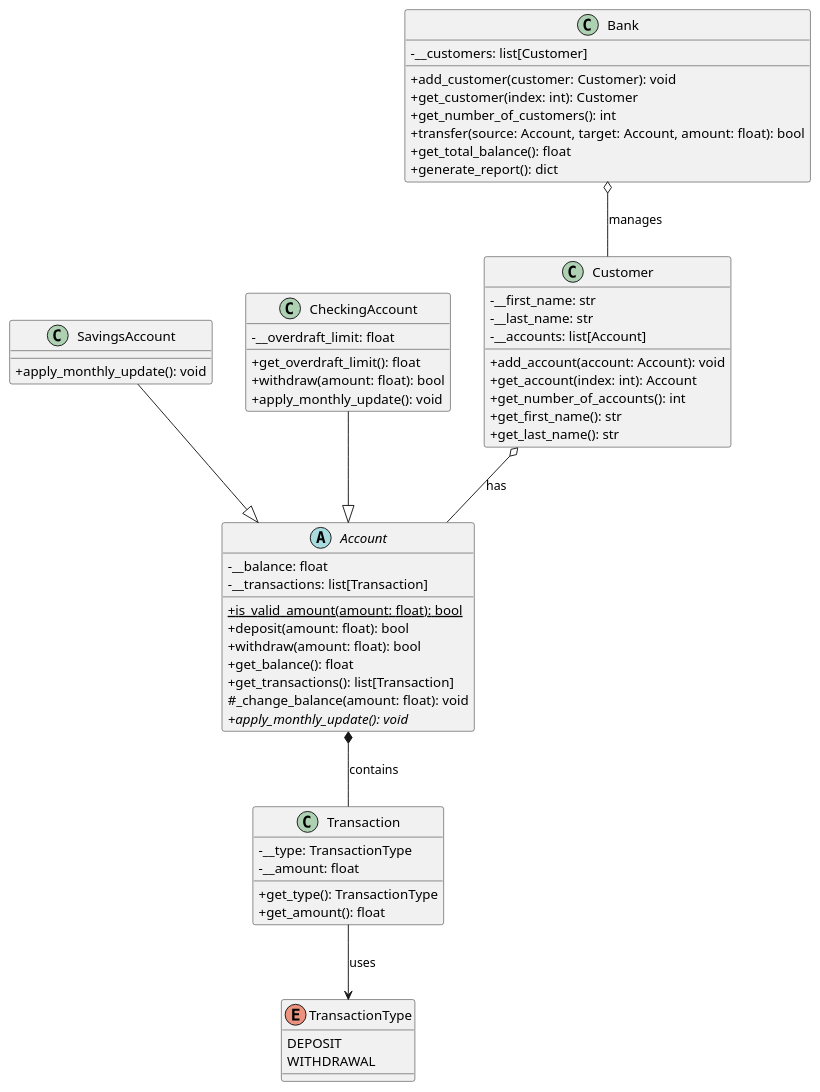
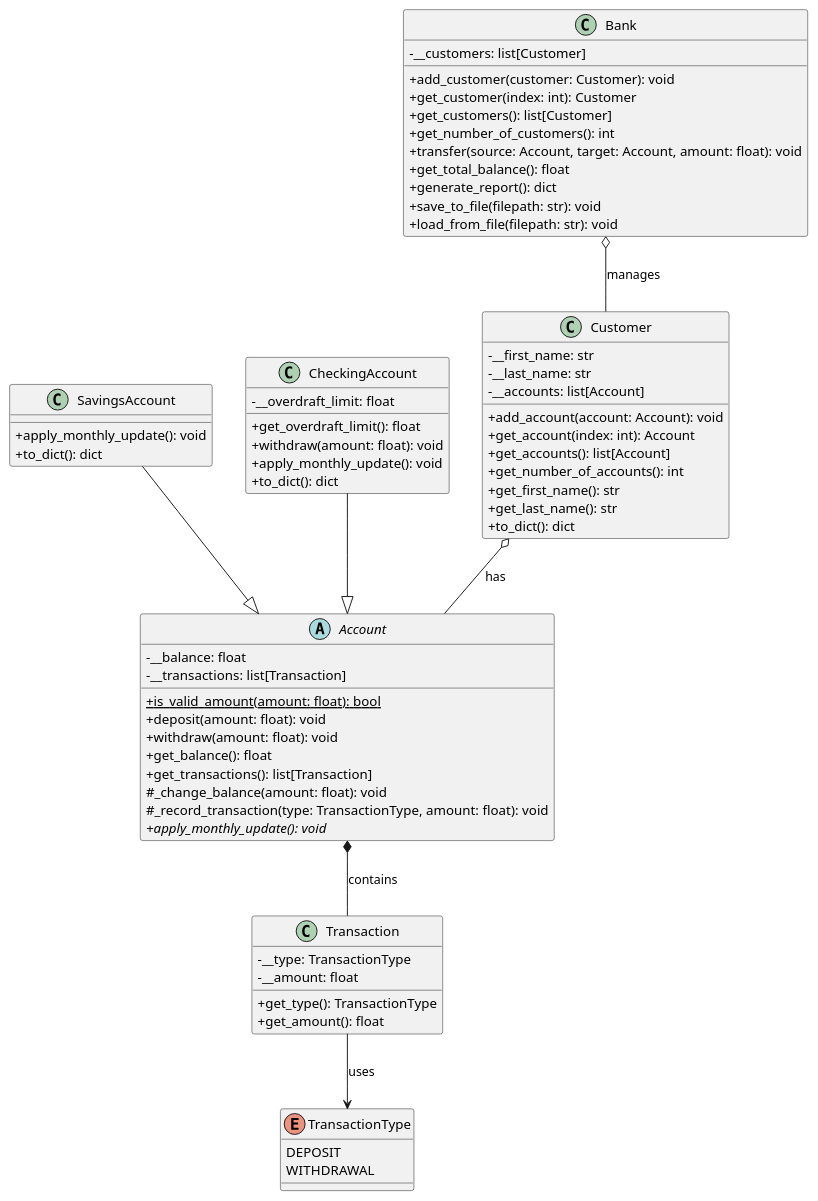
The diagram in docs/uml/diagram-klas.puml (Radoslaw-Stepien/banking-OOP-python), drawn with PlantUML before and after one commit. The commit also changed 9 other files, not shown here.

```diff
--- a/docs/uml/diagram-klas.puml
+++ b/docs/uml/diagram-klas.puml
@@ -1,68 +1,76 @@
 @startuml banking
 
 skinparam classAttributeIconSize 0
 
 enum TransactionType {
     DEPOSIT
     WITHDRAWAL
 }
 
 class Transaction {
     - __type: TransactionType
     - __amount: float
     + get_type(): TransactionType
     + get_amount(): float
 }
 
 abstract class Account {
     - __balance: float
     - __transactions: list[Transaction]
     + {static} is_valid_amount(amount: float): bool
-    + deposit(amount: float): bool
-    + withdraw(amount: float): bool
+    + deposit(amount: float): void
+    + withdraw(amount: float): void
     + get_balance(): float
     + get_transactions(): list[Transaction]
     # _change_balance(amount: float): void
+    # _record_transaction(type: TransactionType, amount: float): void
     + {abstract} apply_monthly_update(): void
 }
 
 class SavingsAccount {
     + apply_monthly_update(): void
+    + to_dict(): dict
 }
 
 class CheckingAccount {
     - __overdraft_limit: float
     + get_overdraft_limit(): float
-    + withdraw(amount: float): bool
+    + withdraw(amount: float): void
     + apply_monthly_update(): void
+    + to_dict(): dict
 }
 
 class Customer {
     - __first_name: str
     - __last_name: str
     - __accounts: list[Account]
     + add_account(account: Account): void
     + get_account(index: int): Account
+    + get_accounts(): list[Account]
     + get_number_of_accounts(): int
     + get_first_name(): str
     + get_last_name(): str
+    + to_dict(): dict
 }
 
 class Bank {
     - __customers: list[Customer]
     + add_customer(customer: Customer): void
     + get_customer(index: int): Customer
+    + get_customers(): list[Customer]
     + get_number_of_customers(): int
-    + transfer(source: Account, target: Account, amount: float): bool
+    + transfer(source: Account, target: Account, amount: float): void
     + get_total_balance(): float
     + generate_report(): dict
+    + save_to_file(filepath: str): void
+    + load_from_file(filepath: str): void
 }
 
 SavingsAccount --|> Account
 CheckingAccount --|> Account
 Account *-- Transaction : contains
 Transaction --> TransactionType : uses
 Customer o-- Account : has
 Bank o-- Customer : manages
 
 @enduml
```
